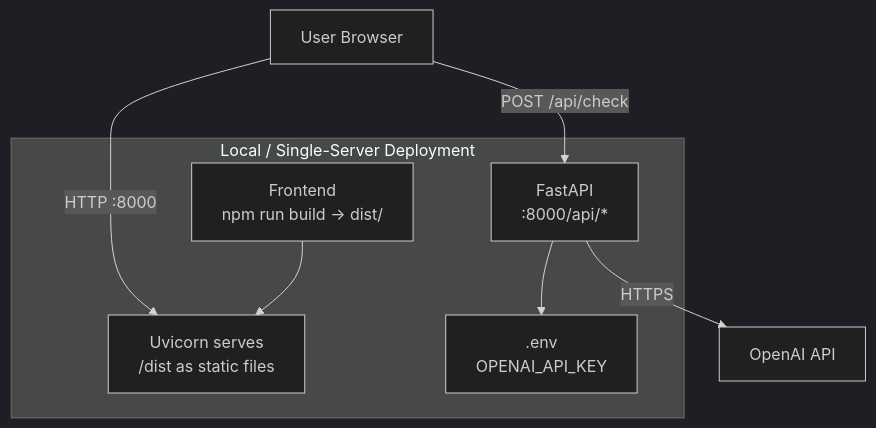
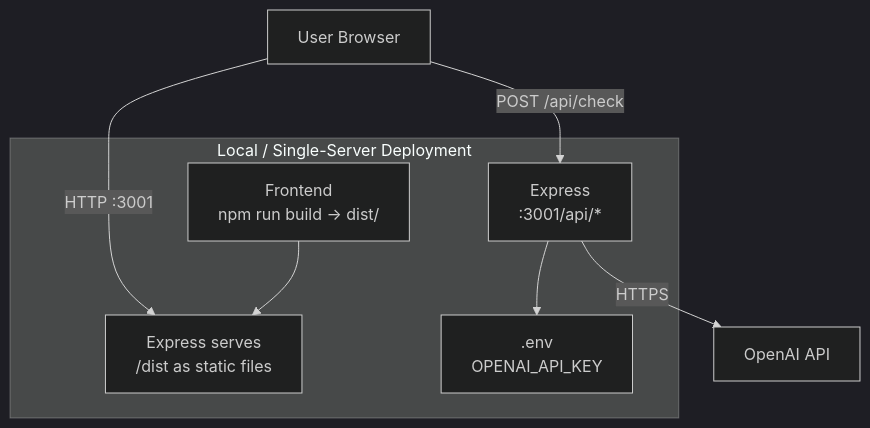
Before and after one commit to liftyourgame/apa7checker: the sixth of 7 diagrams in SYSTEM_ARCHITECTURE.md, drawn with Mermaid (dark theme). The commit also changed other lines of this file and 2 other files, not shown here.

````diff
--- a/SYSTEM_ARCHITECTURE.md
+++ b/SYSTEM_ARCHITECTURE.md
@@ -188,15 +188,15 @@
 ```mermaid
 graph TD
     subgraph Local["Local / Single-Server Deployment"]
         FE_Build["Frontend\nnpm run build → dist/"]
-        Static["Uvicorn serves\n/dist as static files"]
-        API["FastAPI\n:8000/api/*"]
+        Static["Express serves\n/dist as static files"]
+        API["Express\n:3001/api/*"]
         ENV[".env\nOPENAI_API_KEY"]
     end
 
-    Browser["User Browser"] -->|HTTP :8000| Static
+    Browser["User Browser"] -->|HTTP :3001| Static
     Browser -->|POST /api/check| API
     API --> ENV
     API -->|HTTPS| OA["OpenAI API"]
     FE_Build --> Static
 ```
````
